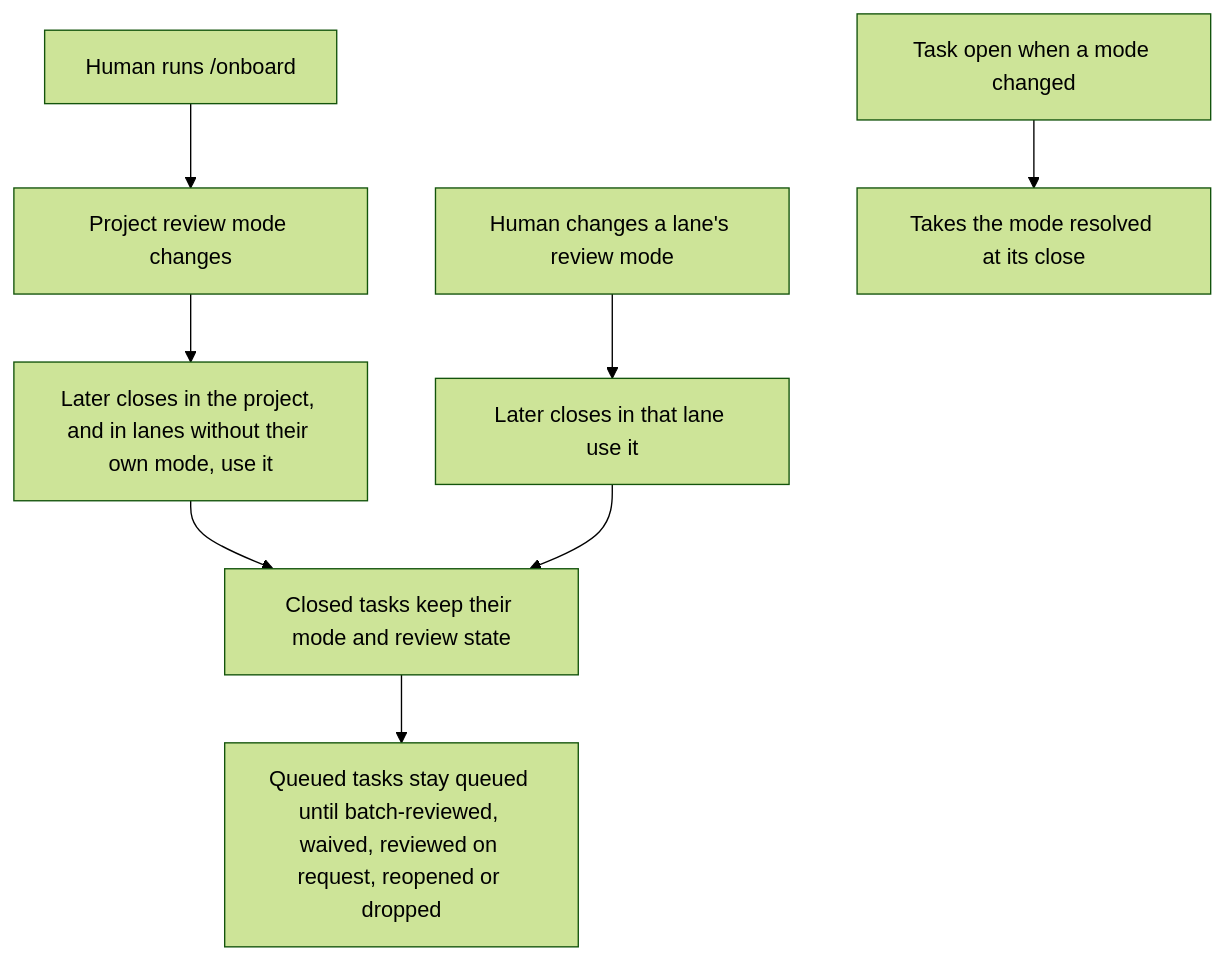
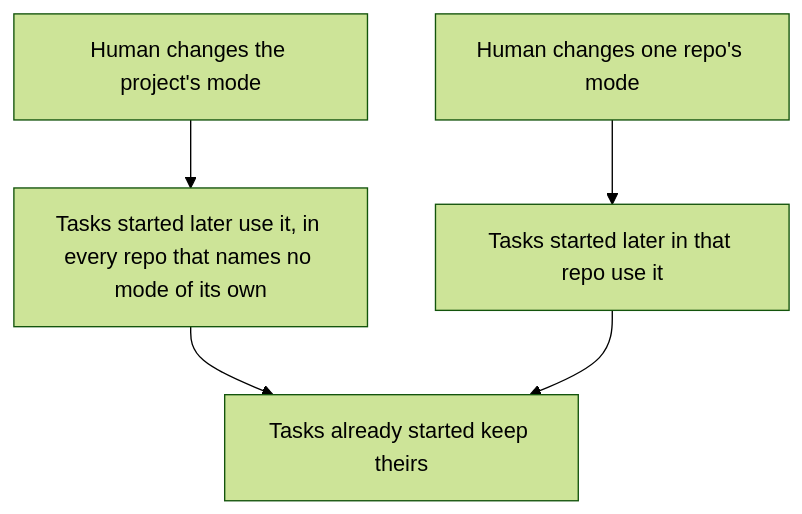
The eighth of 8 diagrams in docs/architecture/AGILE.md (trustmybot/tmb), drawn with Mermaid (forest theme) before and after one commit. The commit also changed other lines of this file and 38 other files, not shown here.

````diff
--- a/docs/architecture/AGILE.md
+++ b/docs/architecture/AGILE.md
@@ -207,10 +217,7 @@
 ```mermaid
 flowchart TD
-    A[Human runs /onboard] --> B[Project review mode changes]
-    B --> B1[Later closes in the project, and in lanes without their own mode, use it]
-    C[Human changes a lane's review mode] --> C1[Later closes in that lane use it]
-    B1 --> K[Closed tasks keep their mode and review state]
-    C1 --> K
-    K --> Q[Queued tasks stay queued until batch-reviewed, waived, reviewed on request, reopened or dropped]
-    E[Task open when a mode changed] --> F[Takes the mode resolved at its close]
+    A["Human changes the project's mode"] --> B[Tasks started later use it, in every repo that names no mode of its own]
+    C["Human changes one repo's mode"] --> D[Tasks started later in that repo use it]
+    B --> K[Tasks already started keep theirs]
+    D --> K
 ```
````
